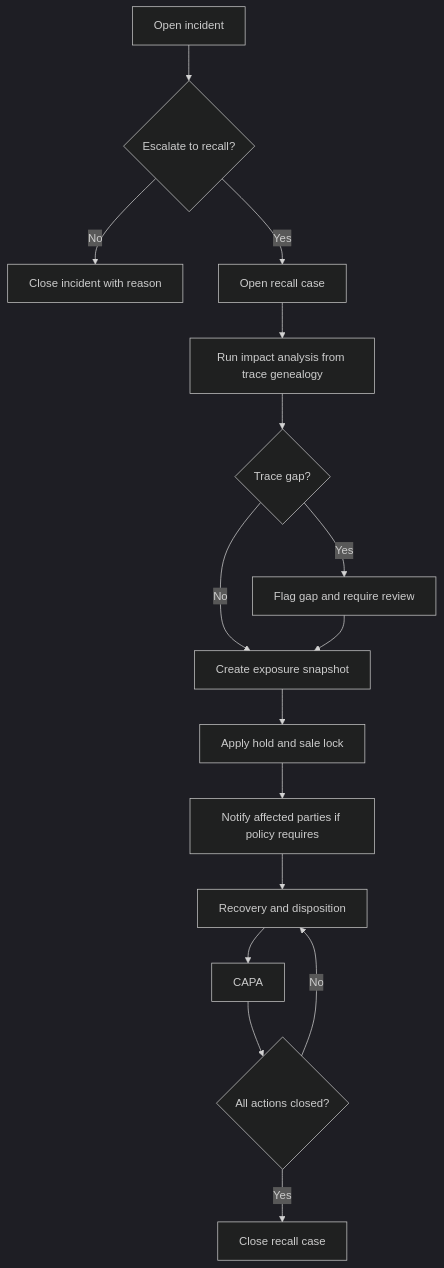
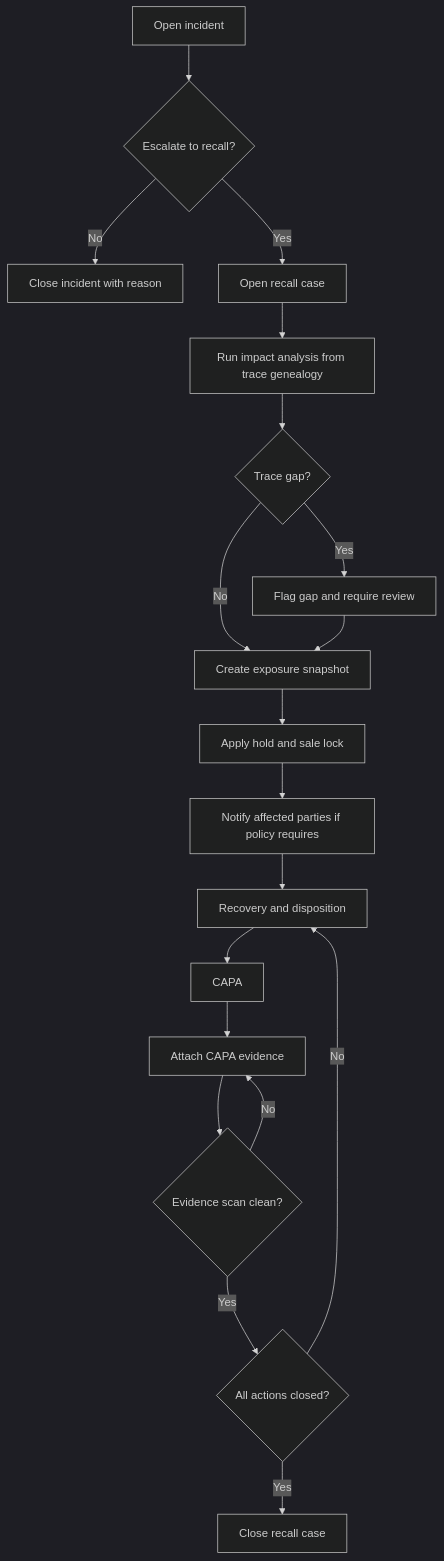
Before and after one commit to ngquoctoan2001/Ginsengfood-Operational-System: the sixth of 7 diagrams in docs/software-specs/workflows/02_ACTIVITY_DIAGRAMS.md, drawn with Mermaid (dark theme). The commit also changed 283 other files, not shown here.

````diff
--- a/docs/software-specs/workflows/02_ACTIVITY_DIAGRAMS.md
+++ b/docs/software-specs/workflows/02_ACTIVITY_DIAGRAMS.md
@@ -141,18 +141,21 @@
 ```mermaid
 flowchart TD
     A[Open incident] --> B{Escalate to recall?}
     B -- No --> C[Close incident with reason]
     B -- Yes --> D[Open recall case]
     D --> E[Run impact analysis from trace genealogy]
     E --> F{Trace gap?}
     F -- Yes --> F1[Flag gap and require review]
     F -- No --> G[Create exposure snapshot]
     F1 --> G
     G --> H[Apply hold and sale lock]
     H --> I[Notify affected parties if policy requires]
     I --> J[Recovery and disposition]
     J --> K[CAPA]
-    K --> L{All actions closed?}
+    K --> K1[Attach CAPA evidence]
+    K1 --> K2{Evidence scan clean?}
+    K2 -- No --> K1
+    K2 -- Yes --> L{All actions closed?}
     L -- No --> J
     L -- Yes --> M[Close recall case]
 ```
````
